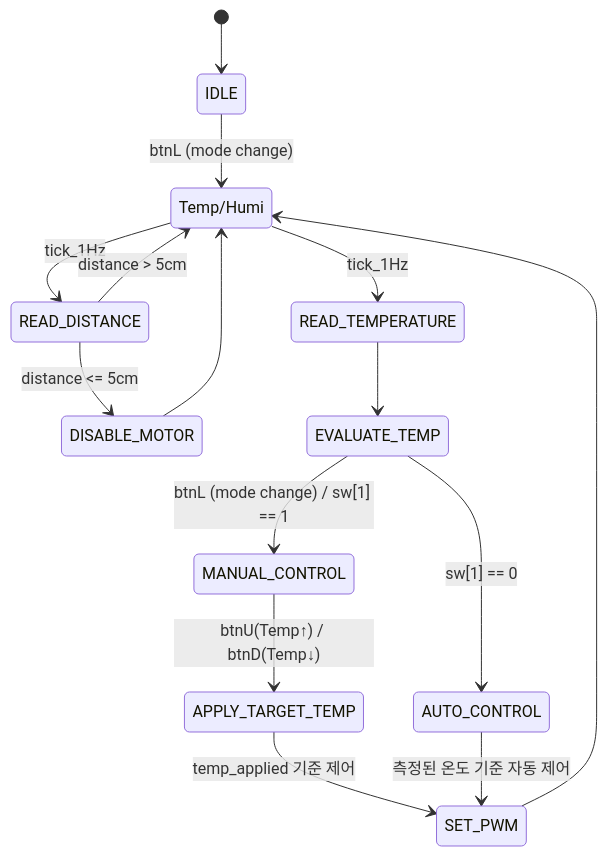
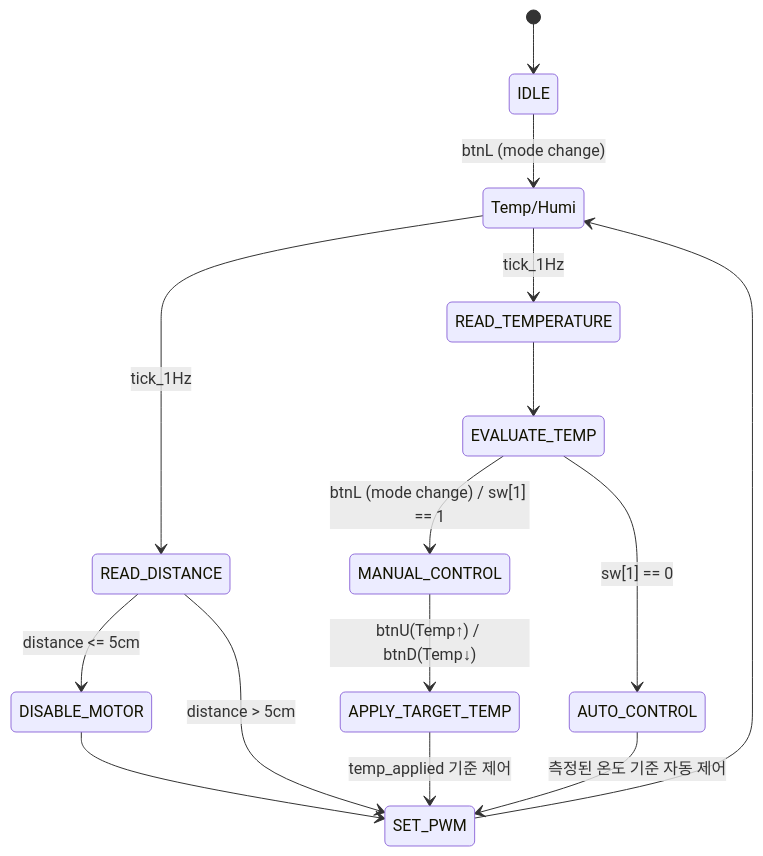
The third of 5 diagrams in 15.BESPOKE/README.md (SE0NGH0/AI_Verilog_HDL), drawn with Mermaid before and after one commit.

````diff
--- a/15.BESPOKE/README.md
+++ b/15.BESPOKE/README.md
@@ -94,17 +94,17 @@
 ```mermaid
 stateDiagram-v2
     [*] --> IDLE
     IDLE --> Temp/Humi: btnL (mode change)
     Temp/Humi --> READ_DISTANCE: tick_1Hz
     Temp/Humi --> READ_TEMPERATURE: tick_1Hz
     READ_DISTANCE --> DISABLE_MOTOR: distance <= 5cm
-    READ_DISTANCE --> Temp/Humi: distance > 5cm
+    READ_DISTANCE --> SET_PWM: distance > 5cm
     READ_TEMPERATURE --> EVALUATE_TEMP
     EVALUATE_TEMP --> MANUAL_CONTROL: btnL (mode change) / sw[1] == 1
     MANUAL_CONTROL --> APPLY_TARGET_TEMP: btnU(Temp↑) / btnD(Temp↓)
     APPLY_TARGET_TEMP --> SET_PWM: temp_applied 기준 제어
     EVALUATE_TEMP --> AUTO_CONTROL: sw[1] == 0
     AUTO_CONTROL --> SET_PWM: 측정된 온도 기준 자동 제어
     SET_PWM --> Temp/Humi
-    DISABLE_MOTOR --> Temp/Humi
+    DISABLE_MOTOR --> SET_PWM
 ```
````
